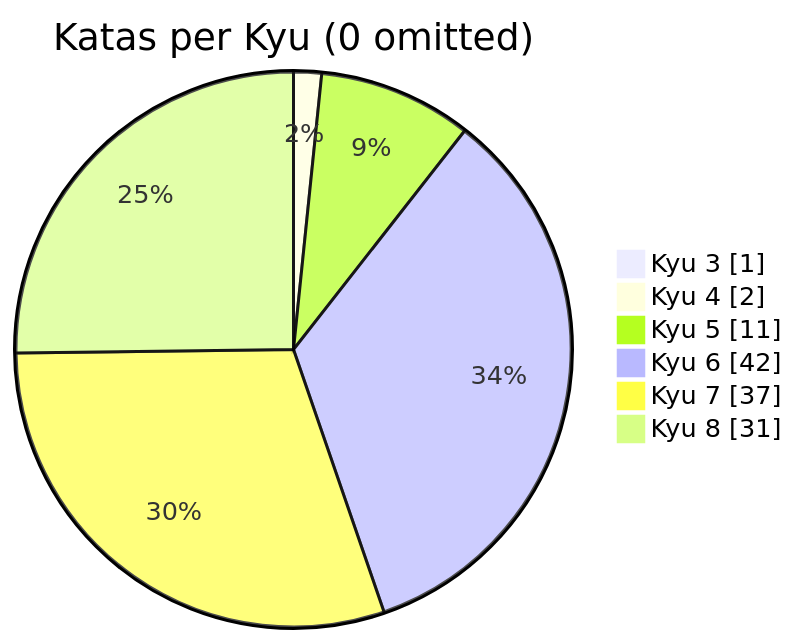
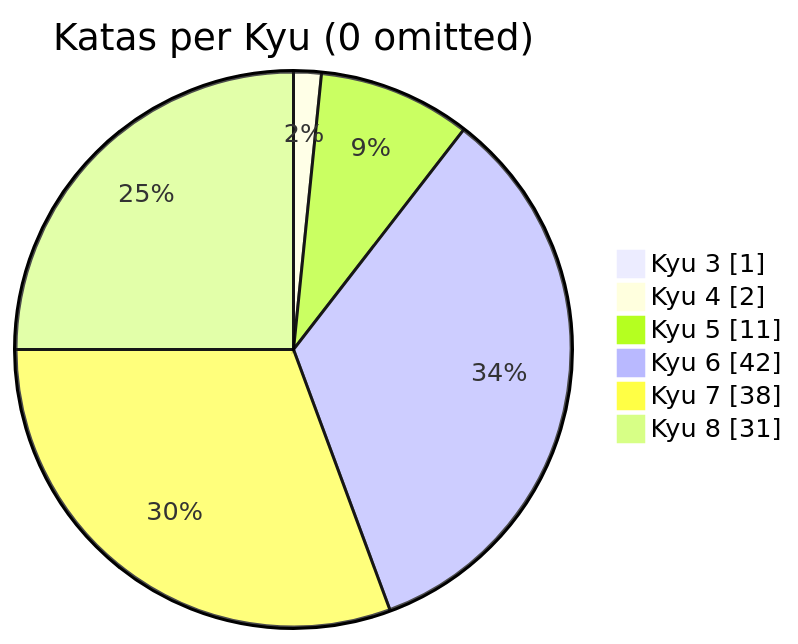
One commit to MauricioLudwig/codewars-typescript changed the diagram in README.md. Above: the diagram before and after it, drawn with Mermaid. The commit also changed other lines of this file, not shown here.

````diff
--- a/README.md
+++ b/README.md
@@ -21,10 +21,10 @@
 ```mermaid
 pie showData
     title Katas per Kyu (0 omitted)
 	"Kyu 3": 1
 	"Kyu 4": 2
 	"Kyu 5": 11
 	"Kyu 6": 42
-	"Kyu 7": 37
+	"Kyu 7": 38
 	"Kyu 8": 31
 ```
````
